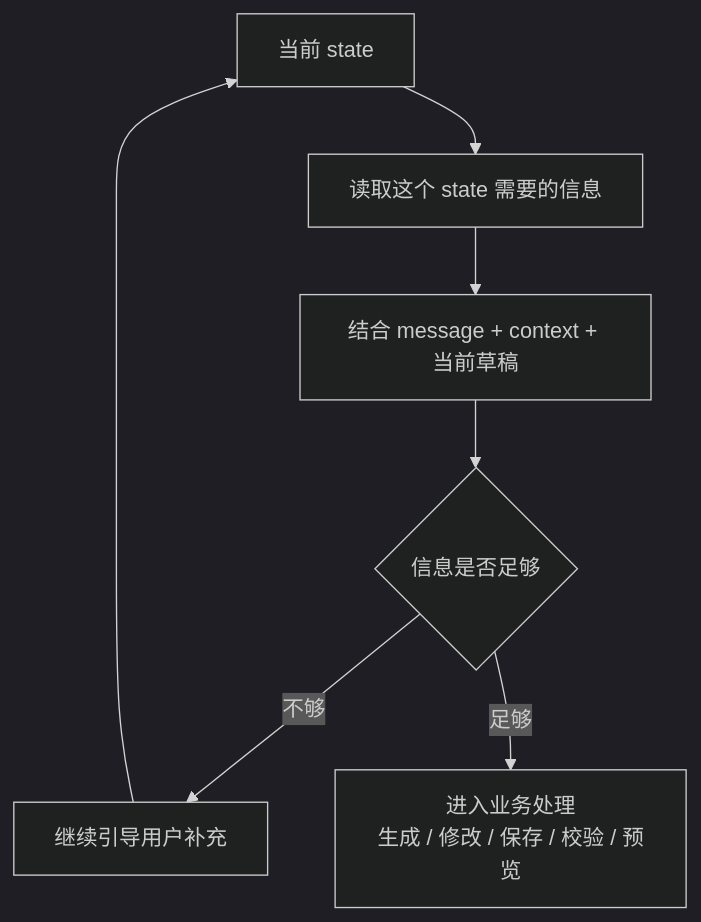
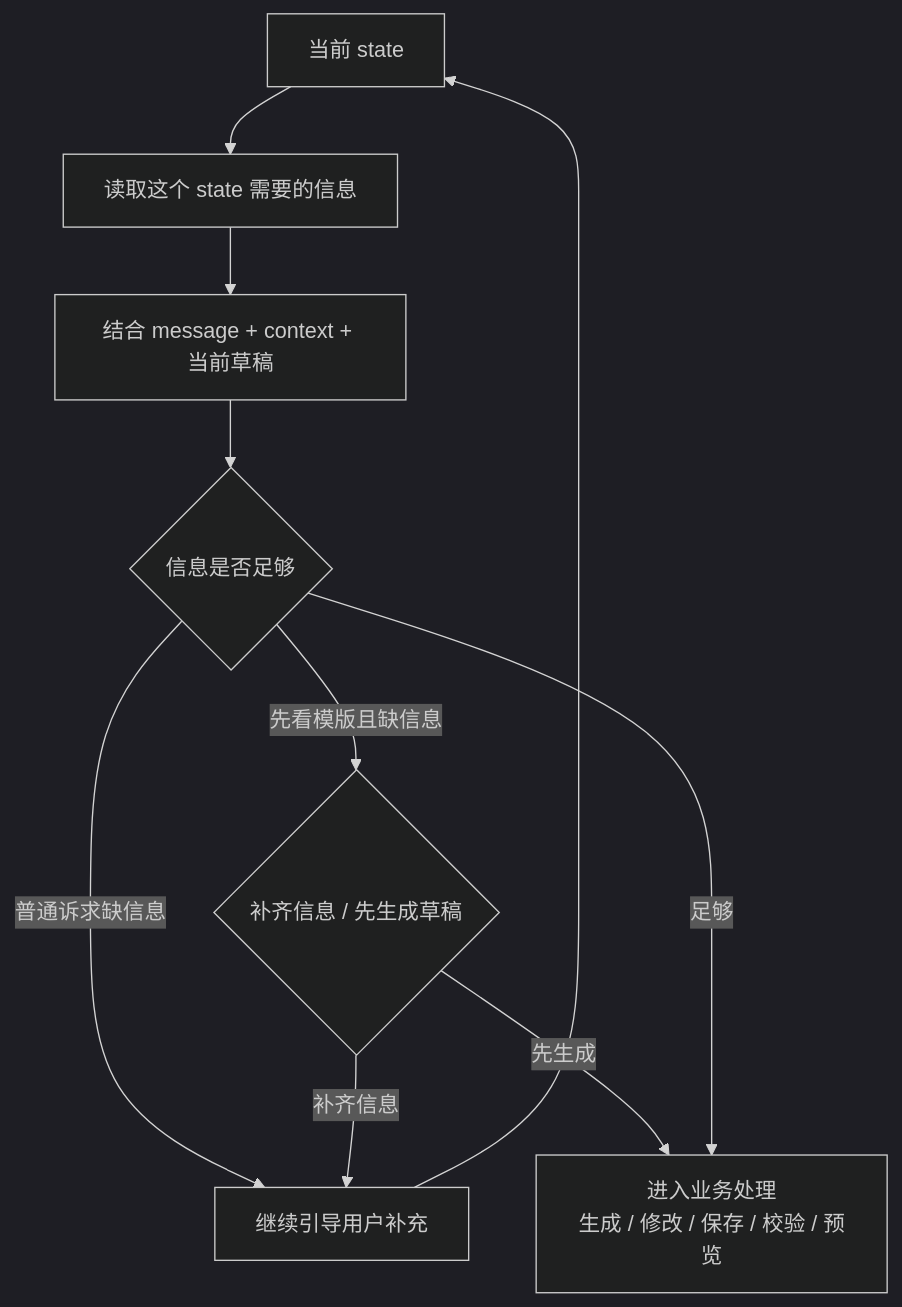
One commit to justinliu8888/aiDashboard changed the third of 3 diagrams in backend/05_功能盘点_按状态机.md. Above: the diagram before and after it, drawn with Mermaid (dark theme). The commit also changed other lines of this file and 109 other files, not shown here.

````diff
--- a/backend/05_功能盘点_按状态机.md
+++ b/backend/05_功能盘点_按状态机.md
@@ -125,9 +247,12 @@
 ```mermaid
 flowchart TD
     S[当前 state] --> R[读取这个 state 需要的信息]
     R --> M[结合 message + context + 当前草稿]
     M --> Q{信息是否足够}
-    Q -->|不够| A[继续引导用户补充]
+    Q -->|普通诉求缺信息| A[继续引导用户补充]
     A --> S
+    Q -->|先看模版且缺信息| E{补齐信息 / 先生成草稿}
+    E -->|补齐信息| A
+    E -->|先生成| G
     Q -->|足够| G[进入业务处理<br/>生成 / 修改 / 保存 / 校验 / 预览]
 ```
````
